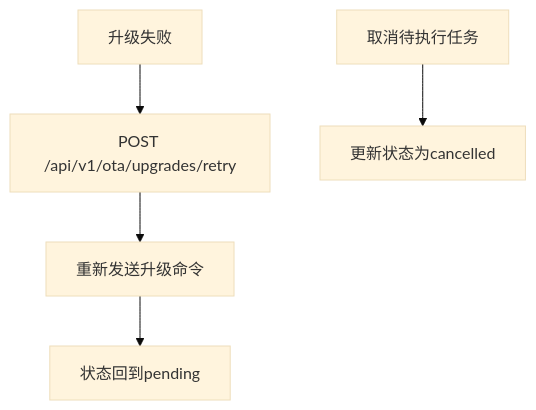
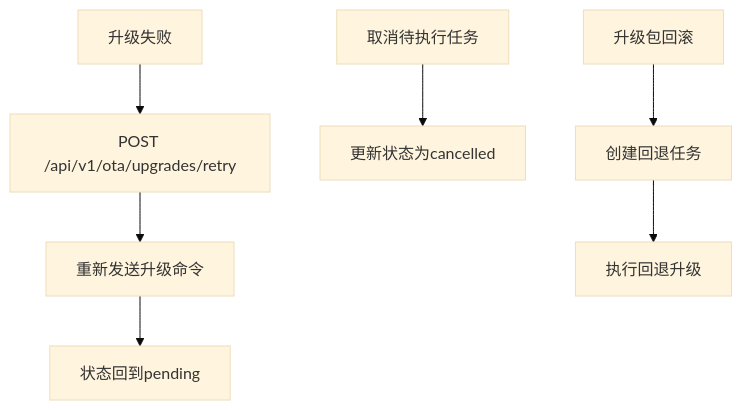
One commit to mcmrzy/cs_inv_monitor-develop changed the ninth of 12 diagrams in .qoder/repowiki/zh/content/API参考文档/OTA升级API.md. Above: the diagram before and after it, drawn with Mermaid (base theme). The commit also changed other lines of this file and 28 other files, not shown here.

````diff
--- a/.qoder/repowiki/zh/content/API参考文档/OTA升级API.md
+++ b/.qoder/repowiki/zh/content/API参考文档/OTA升级API.md
@@ -356,7 +426,9 @@
 ```mermaid
 flowchart TD
 Fail["升级失败"] --> Retry["POST /api/v1/ota/upgrades/retry"]
 Cancel["取消待执行任务"] --> CancelOK["更新状态为cancelled"]
+PackageRollback["升级包回滚"] --> RollbackOK["创建回退任务"]
 Retry --> ReSend["重新发送升级命令"]
 ReSend --> Pending["状态回到pending"]
+RollbackOK --> RollbackExec["执行回退升级"]
 ```
````
